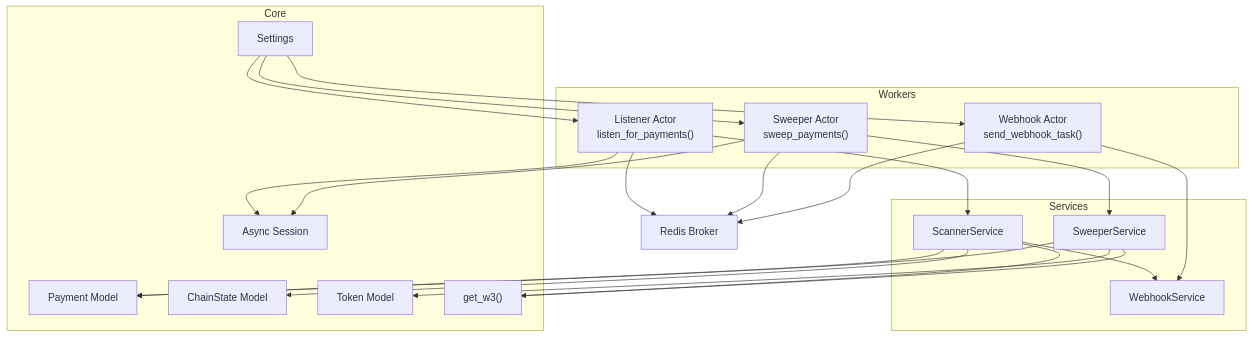
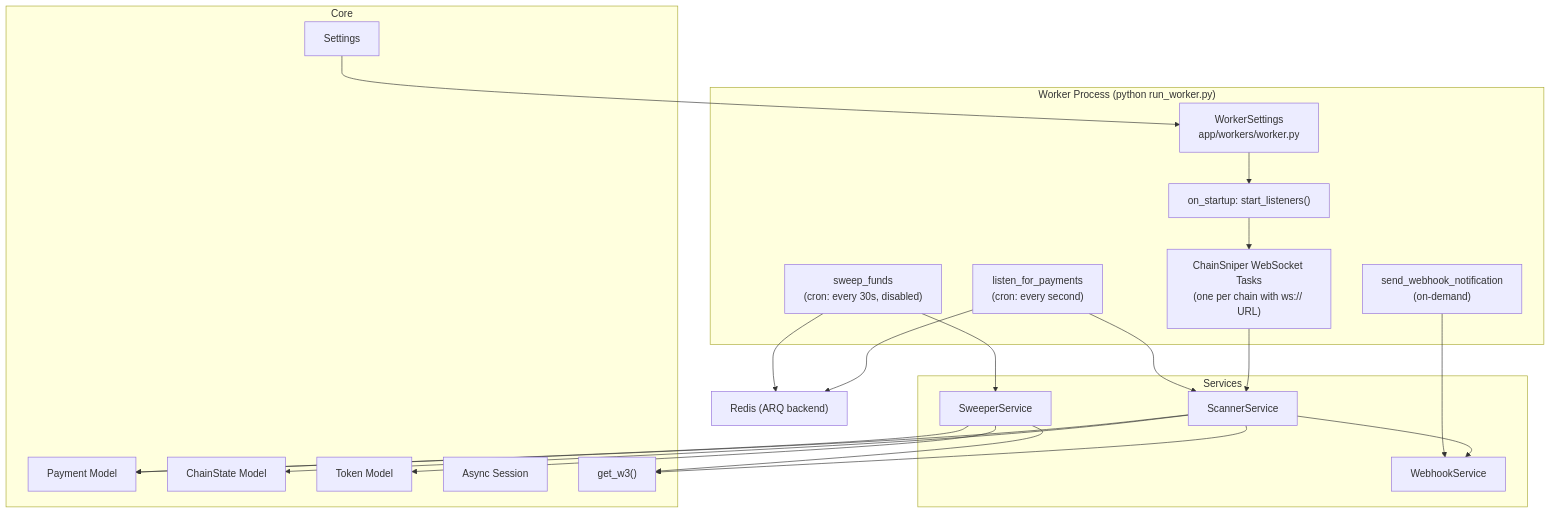
One commit to rakibhossain72/ctrip-docs changed the first of 7 diagrams in docs/background-processing/background-processing.md. Above: the diagram before and after it, drawn with Mermaid. The commit also changed other lines of this file and 25 other files, not shown here.

First line of the commit message:
docs: Update documentation to reflect ARQ task migration from Dramatiq

````diff
--- a/docs/background-processing/background-processing.md
+++ b/docs/background-processing/background-processing.md
@@ -52,40 +57,41 @@
 ```mermaid
 graph TB
-subgraph "Workers"
-L["Listener Actor<br/>listen_for_payments()"]
-S["Sweeper Actor<br/>sweep_payments()"]
-W["Webhook Actor<br/>send_webhook_task()"]
+subgraph "Worker Process (python run_worker.py)"
+WS["WorkerSettings<br/>app/workers/worker.py"]
+Startup["on_startup: start_listeners()"]
+Sniper["ChainSniper WebSocket Tasks<br/>(one per chain with ws:// URL)"]
+L["listen_for_payments<br/>(cron: every second)"]
+S["sweep_funds<br/>(cron: every 30s, disabled)"]
+W["send_webhook_notification<br/>(on-demand)"]
 end
 subgraph "Services"
 SC["ScannerService"]
 SW["SweeperService"]
 WH["WebhookService"]
 end
 subgraph "Core"
 CFG["Settings"]
 DBP["Payment Model"]
 CH["ChainState Model"]
 TK["Token Model"]
 AS["Async Session"]
 W3["get_w3()"]
 end
-R["Redis Broker"]
+R["Redis (ARQ backend)"]
+WS --> Startup
+Startup --> Sniper
+Sniper --> SC
 L --> SC
 S --> SW
 SC --> WH
 SC --> DBP
 SC --> CH
 SW --> DBP
 SW --> TK
 SC --> W3
 SW --> W3
-L --> AS
-S --> AS
-W --> WH
 L --> R
 S --> R
-W --> R
-CFG --> L
-CFG --> S
-CFG --> W
+W --> WH
+CFG --> WS
 ```
````
